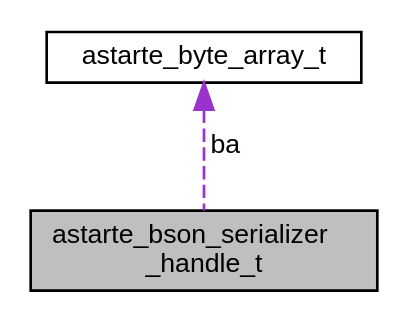
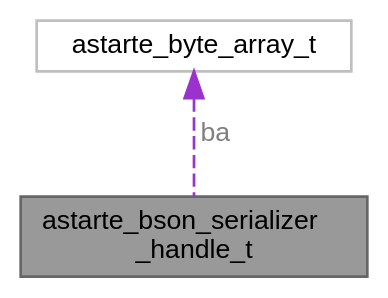
One commit to astarte-platform/docs changed the diagram in device-sdks/esp32/snapshot/api/structastarte__bson__serializer__t__coll__graph.dot. Above: the diagram before and after it, drawn with Graphviz. The commit also changed 181 other files, not shown here.

```diff
--- a/device-sdks/esp32/snapshot/api/structastarte__bson__serializer__t__coll__graph.dot
+++ b/device-sdks/esp32/snapshot/api/structastarte__bson__serializer__t__coll__graph.dot
@@ -1,9 +1,10 @@
 digraph "astarte_bson_serializer_handle_t"
 {
  // LATEX_PDF_SIZE
-  edge [fontname="Helvetica",fontsize="10",labelfontname="Helvetica",labelfontsize="10"];
-  node [fontname="Helvetica",fontsize="10",shape=record];
-  Node1 [label="astarte_bson_serializer\l_handle_t",height=0.2,width=0.4,color="black", fillcolor="grey75", style="filled", fontcolor="black",tooltip=" "];
-  Node2 -> Node1 [dir="back",color="darkorchid3",fontsize="10",style="dashed",label=" ba" ,fontname="Helvetica"];
-  Node2 [label="astarte_byte_array_t",height=0.2,width=0.4,color="black", fillcolor="white", style="filled",URL="$structastarte__byte__array__t.html",tooltip=" "];
+  bgcolor="transparent";
+  edge [fontname=Helvetica,fontsize=10,labelfontname=Helvetica,labelfontsize=10];
+  node [fontname=Helvetica,fontsize=10,shape=box,height=0.2,width=0.4];
+  Node1 [id="Node000001",label="astarte_bson_serializer\l_handle_t",height=0.2,width=0.4,color="gray40", fillcolor="grey60", style="filled", fontcolor="black",tooltip=" "];
+  Node2 -> Node1 [id="edge1_Node000001_Node000002",dir="back",color="darkorchid3",style="dashed",tooltip=" ",label=" ba",fontcolor="grey" ];
+  Node2 [id="Node000002",label="astarte_byte_array_t",height=0.2,width=0.4,color="grey75", fillcolor="white", style="filled",URL="$structastarte__byte__array__t.html",tooltip=" "];
 }
```
